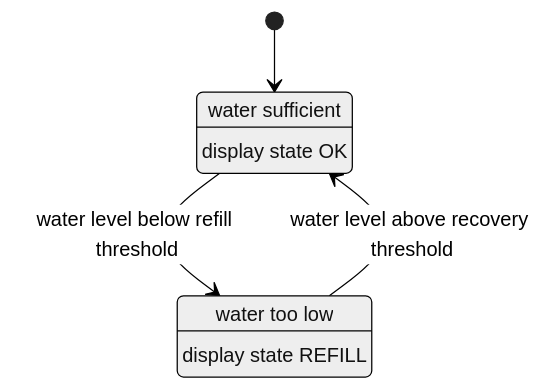
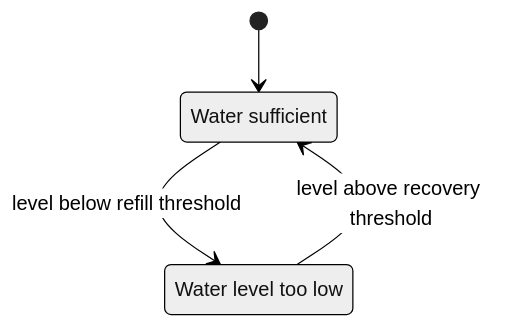
The diagram in docs/diagrams/water_state_machine.mmd (EmbeddedNik/embedded_markdowns), drawn with Mermaid (neutral theme) before and after one commit. The commit also changed 28 other files, not shown here.

Commit message:
change in diagrams

```diff
--- a/docs/diagrams/water_state_machine.mmd
+++ b/docs/diagrams/water_state_machine.mmd
@@ -1,9 +1,7 @@
 stateDiagram-v2
     [*] --> OK
-    OK --> REFILL: water level below refill threshold
-    REFILL --> OK: water level above recovery threshold
+    OK --> REFILL : level below refill threshold
+    REFILL --> OK : level above recovery threshold
 
-    OK: water sufficient
-    OK: display state OK
-    REFILL: water too low
-    REFILL: display state REFILL
+    OK : Water sufficient
+    REFILL : Water level too low
```
